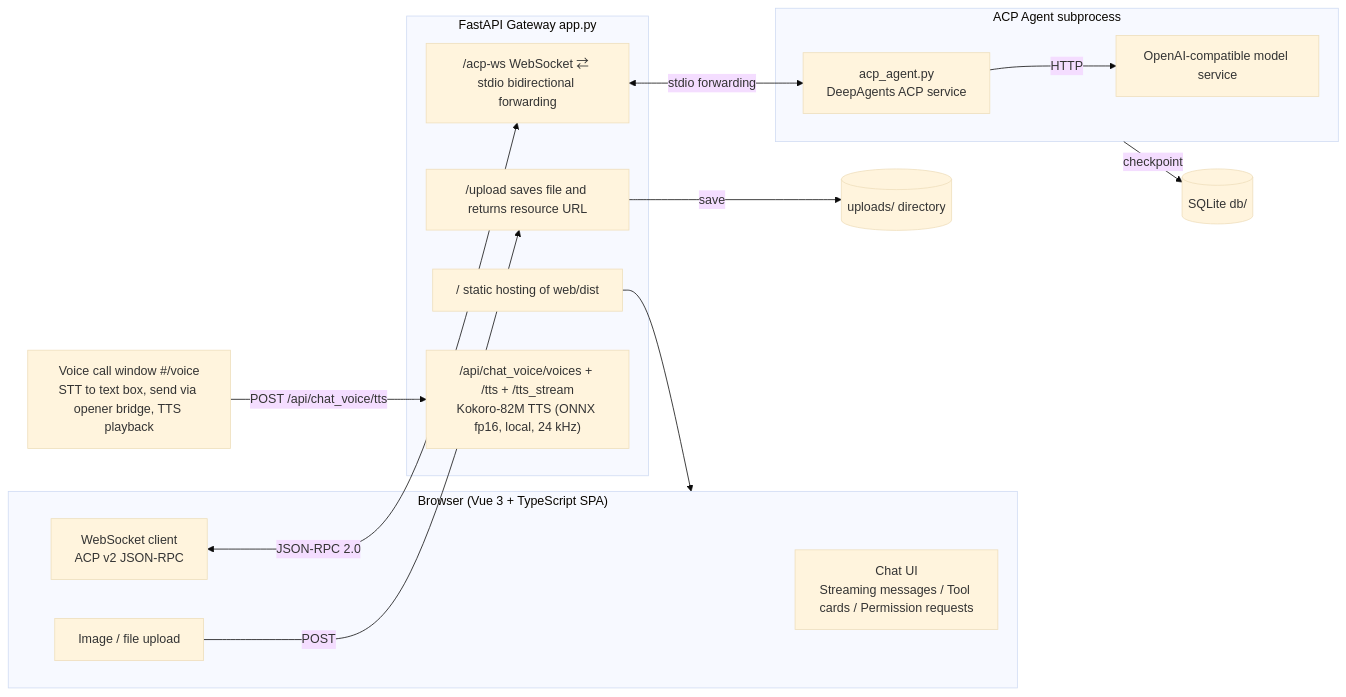
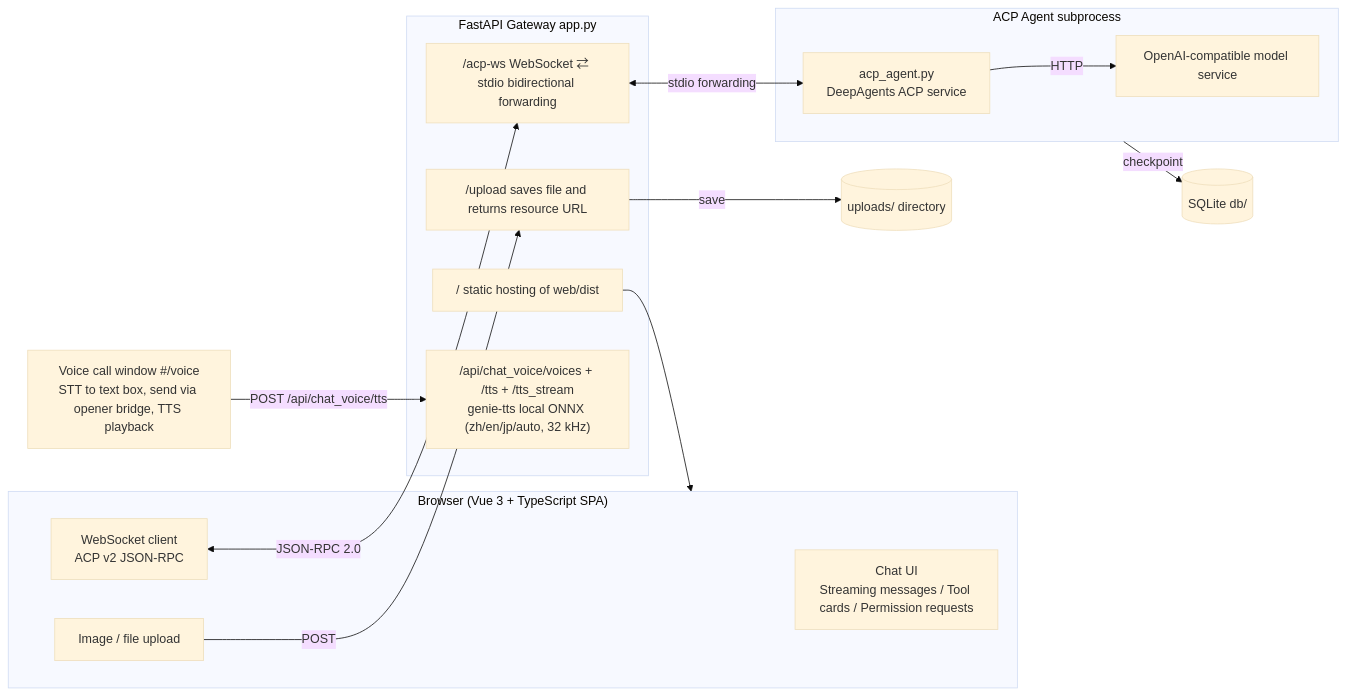
Before and after one commit to cq-zhangjw/deepagents-acp-demo-mvp: the diagram in README.md, drawn with Mermaid (base theme). The commit also changed other lines of this file and 14 other files, not shown here.

First line of the commit message:
feat(voice): replace kokoro with genie-tts engine, segment streaming

````diff
--- a/README.md
+++ b/README.md
@@ -19,29 +19,29 @@
 ```mermaid
 flowchart LR
   subgraph Browser["Browser (Vue 3 + TypeScript SPA)"]
     UI[Chat UI<br/>Streaming messages / Tool cards / Permission requests]
     Upload[Image / file upload]
     WSClient[WebSocket client<br/>ACP v2 JSON-RPC]
   end
 
   subgraph Gateway["FastAPI Gateway app.py"]
     UploadAPI["/upload saves file and returns resource URL"]
     WSProxy["/acp-ws WebSocket ⇄ stdio bidirectional forwarding"]
     Static["/ static hosting of web/dist"]
-    VoiceAPI["/api/chat_voice/voices + /tts + /tts_stream<br/>Kokoro-82M TTS (ONNX fp16, local, 24 kHz)"]
+    VoiceAPI["/api/chat_voice/voices + /tts + /tts_stream<br/>genie-tts local ONNX (zh/en/jp/auto, 32 kHz)"]
   end
 
   subgraph Agent["ACP Agent subprocess"]
     ACP["acp_agent.py<br/>DeepAgents ACP service"]
     Model["OpenAI-compatible model service"]
   end
 
   Upload -->|POST| UploadAPI
   UploadAPI -->|save| Storage[("uploads/ directory")]
   Voice[Voice call window #/voice<br/>STT to text box, send via opener bridge, TTS playback] -->|POST /api/chat_voice/tts| VoiceAPI
   WSClient <-->|JSON-RPC 2.0| WSProxy
   WSProxy <-->|stdio forwarding| ACP
   ACP -->|HTTP| Model
   Static --> Browser
   Agent -->|checkpoint| DB[("SQLite db/")]
 ```
````
